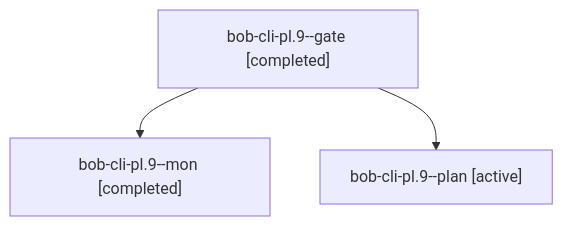
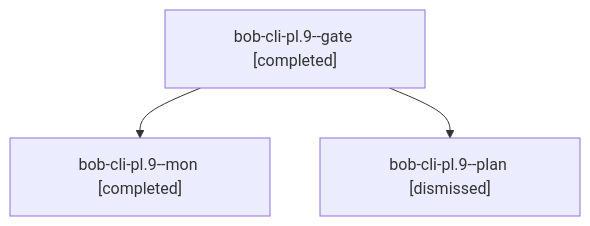
The diagram in sessions/bbugyi200.apollo.bob-cli-pl.9.md (bobs-org/bob-cli--agents), drawn with Mermaid before and after one commit. The commit also changed other lines of this file and 275 other files, not shown here.

````diff
--- a/sessions/bbugyi200.apollo.bob-cli-pl.9.md
+++ b/sessions/bbugyi200.apollo.bob-cli-pl.9.md
@@ -9,8 +9,8 @@
 ```mermaid
 flowchart TD
   n0["bob-cli-pl.9--gate [completed]"]
   n1["bob-cli-pl.9--mon [completed]"]
   n0 --> n1
-  n2["bob-cli-pl.9--plan [active]"]
+  n2["bob-cli-pl.9--plan [dismissed]"]
   n0 --> n2
 ```
````
